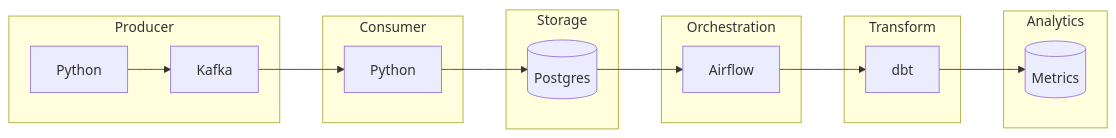
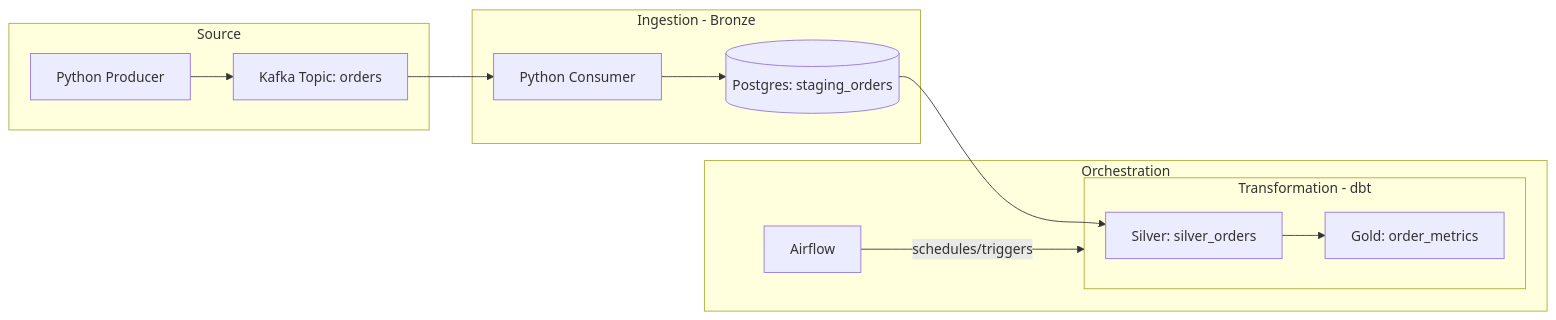
Before and after one commit to seyfe2023/Streaming-Order-Pipeline: the diagram in README.md, drawn with Mermaid. The commit also changed other lines of this file and 9 other files, not shown here.

Commit message:
Refactor to Medallion Architecture: added Bronze, Silver, and Gold layers

````diff
--- a/README.md
+++ b/README.md
@@ -13,26 +11,20 @@
 ```mermaid
 flowchart LR
-    subgraph P[Producer]
-        A[Python] --> B[Kafka]
+    subgraph P[Source]
+        A[Python Producer] --> B[Kafka Topic: orders]
     end
 
-    subgraph C[Consumer]
-        B --> D[Python]
+    subgraph C[Ingestion - Bronze]
+        B --> D[Python Consumer]
+        D --> E[(Postgres: staging_orders)]
     end
 
-    subgraph S[Storage]
-        D --> E[(Postgres)]
+    subgraph T[Transformation - dbt]
+        E --> F[Silver: silver_orders]
+        F --> G[Gold: order_metrics]
     end
 
     subgraph O[Orchestration]
-        E --> F[Airflow]
-    end
-
-    subgraph T[Transform]
-        F --> G[dbt]
-    end
-
-    subgraph AQ[Analytics]
-        G --> H[(Metrics)]
+        H[Airflow] -- schedules/triggers --> T
     end
 ```
````
